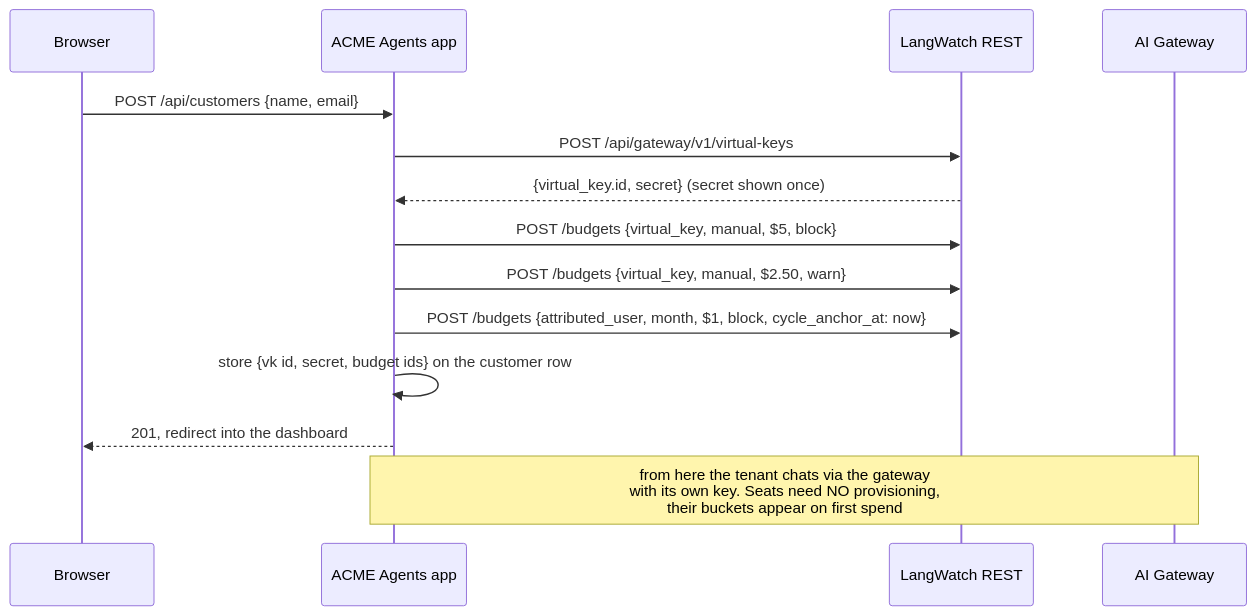
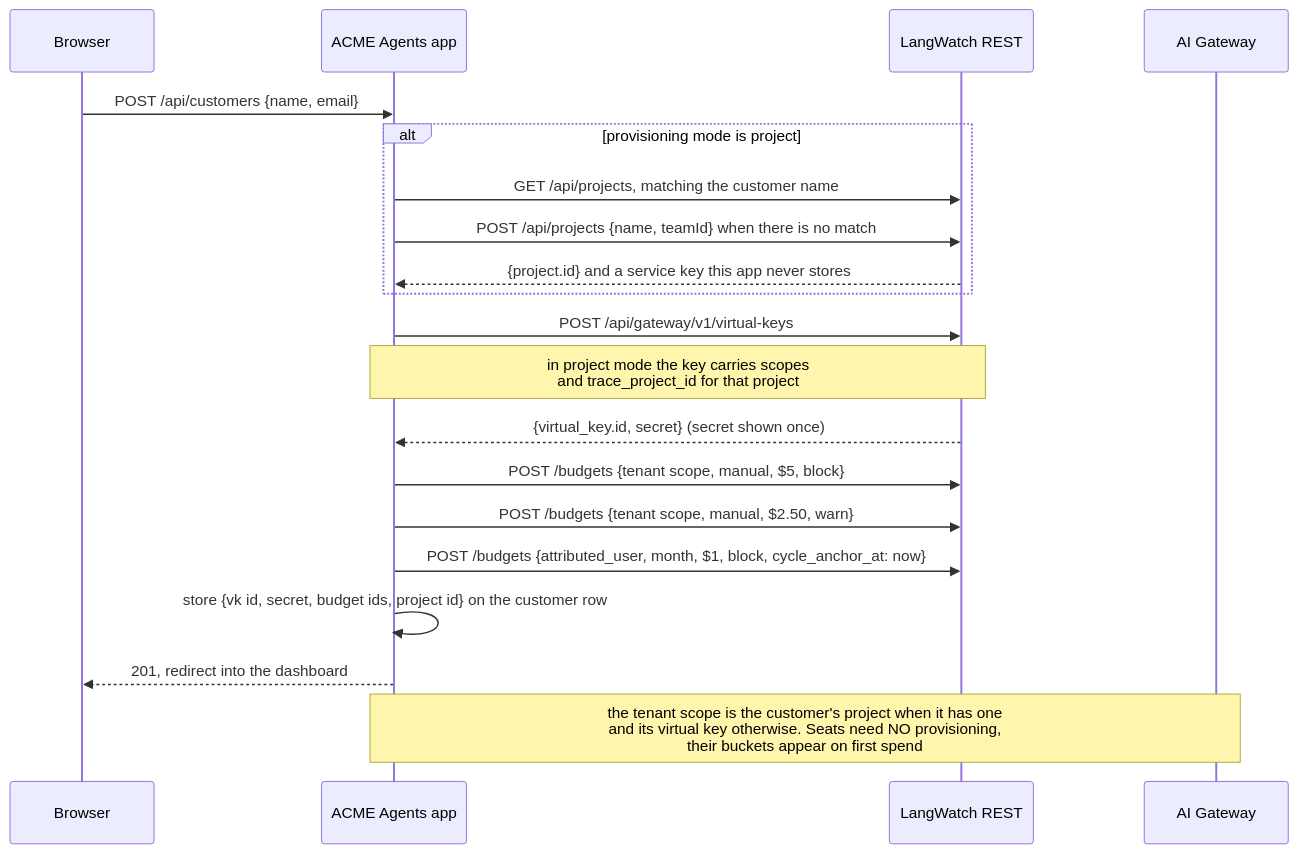
One commit to langwatch/agent-billing-demo changed the first of 2 diagrams in README.md. Above: the diagram before and after it, drawn with Mermaid. The commit also changed other lines of this file and 2 other files, not shown here.

First line of the commit message:
docs(provisioning): describe both modes in the examples and the README

````diff
--- a/README.md
+++ b/README.md
@@ -197,17 +221,23 @@
 ```mermaid
 sequenceDiagram
     participant Browser
     participant App as ACME Agents app
     participant LW as LangWatch REST
     participant GW as AI Gateway
 
     Browser->>App: POST /api/customers {name, email}
+    alt provisioning mode is project
+        App->>LW: GET /api/projects, matching the customer name
+        App->>LW: POST /api/projects {name, teamId} when there is no match
+        LW-->>App: {project.id} and a service key this app never stores
+    end
     App->>LW: POST /api/gateway/v1/virtual-keys
+    Note over App,LW: in project mode the key carries scopes<br/>and trace_project_id for that project
     LW-->>App: {virtual_key.id, secret}  (secret shown once)
-    App->>LW: POST /budgets {virtual_key, manual, $5, block}
-    App->>LW: POST /budgets {virtual_key, manual, $2.50, warn}
+    App->>LW: POST /budgets {tenant scope, manual, $5, block}
+    App->>LW: POST /budgets {tenant scope, manual, $2.50, warn}
     App->>LW: POST /budgets {attributed_user, month, $1, block, cycle_anchor_at: now}
-    App->>App: store {vk id, secret, budget ids} on the customer row
+    App->>App: store {vk id, secret, budget ids, project id} on the customer row
     App-->>Browser: 201, redirect into the dashboard
-    Note over App,GW: from here the tenant chats via the gateway<br/>with its own key. Seats need NO provisioning,<br/>their buckets appear on first spend
+    Note over App,GW: the tenant scope is the customer's project when it has one<br/>and its virtual key otherwise. Seats need NO provisioning,<br/>their buckets appear on first spend
 ```
````
